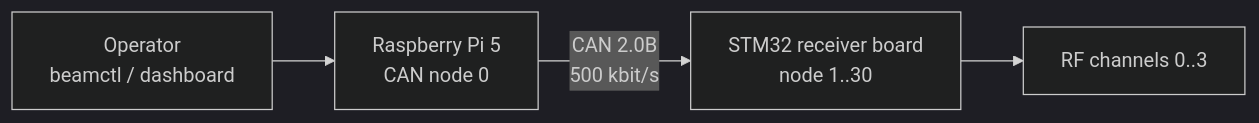
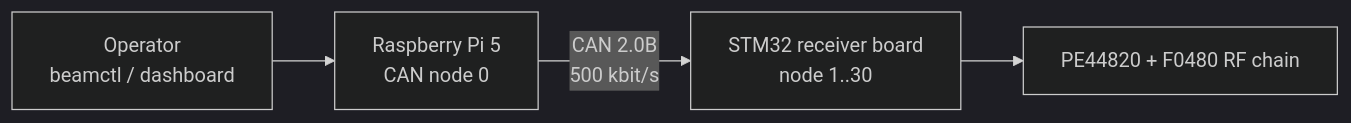
One commit to uorocketry/beamforming-software changed the diagram in README.md. Above: the diagram before and after it, drawn with Mermaid (dark theme). The commit also changed other lines of this file and 47 other files, not shown here.

````diff
--- a/README.md
+++ b/README.md
@@ -5,6 +7,6 @@
 ```mermaid
 flowchart LR
     operator["Operator<br/>beamctl / dashboard"] --> pi["Raspberry Pi 5<br/>CAN node 0"]
     pi -->|"CAN 2.0B<br/>500 kbit/s"| stm32["STM32 receiver board<br/>node 1..30"]
-    stm32 --> channels["RF channels 0..3"]
+    stm32 --> chain["PE44820 + F0480 RF chain"]
 ```
````
